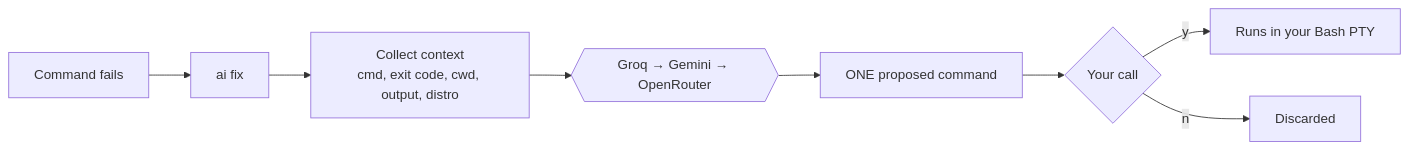
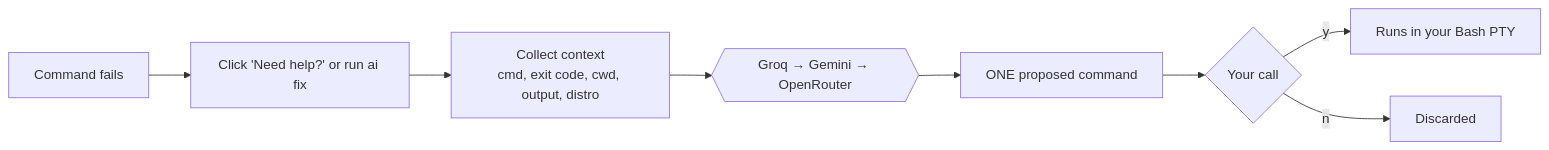
Before and after one commit to AhmedNihat/nihatos-ai-terminal: the diagram in README.md, drawn with Mermaid. The commit also changed other lines of this file, not shown here.

````diff
--- a/README.md
+++ b/README.md
@@ -206,10 +185,11 @@
 ```mermaid
 flowchart LR
-    A["Command fails"] --> B["ai fix"]
+    A["Command fails"] --> B["Click 'Need help?' or run ai fix"]
     B --> C["Collect context<br/>cmd, exit code, cwd, output, distro"]
     C --> D{{"Groq → Gemini → OpenRouter"}}
     D --> E["ONE proposed command"]
     E --> F{"Your call"}
     F -->|y| G["Runs in your Bash PTY"]
     F -->|n| H["Discarded"]
+
 ```
````
